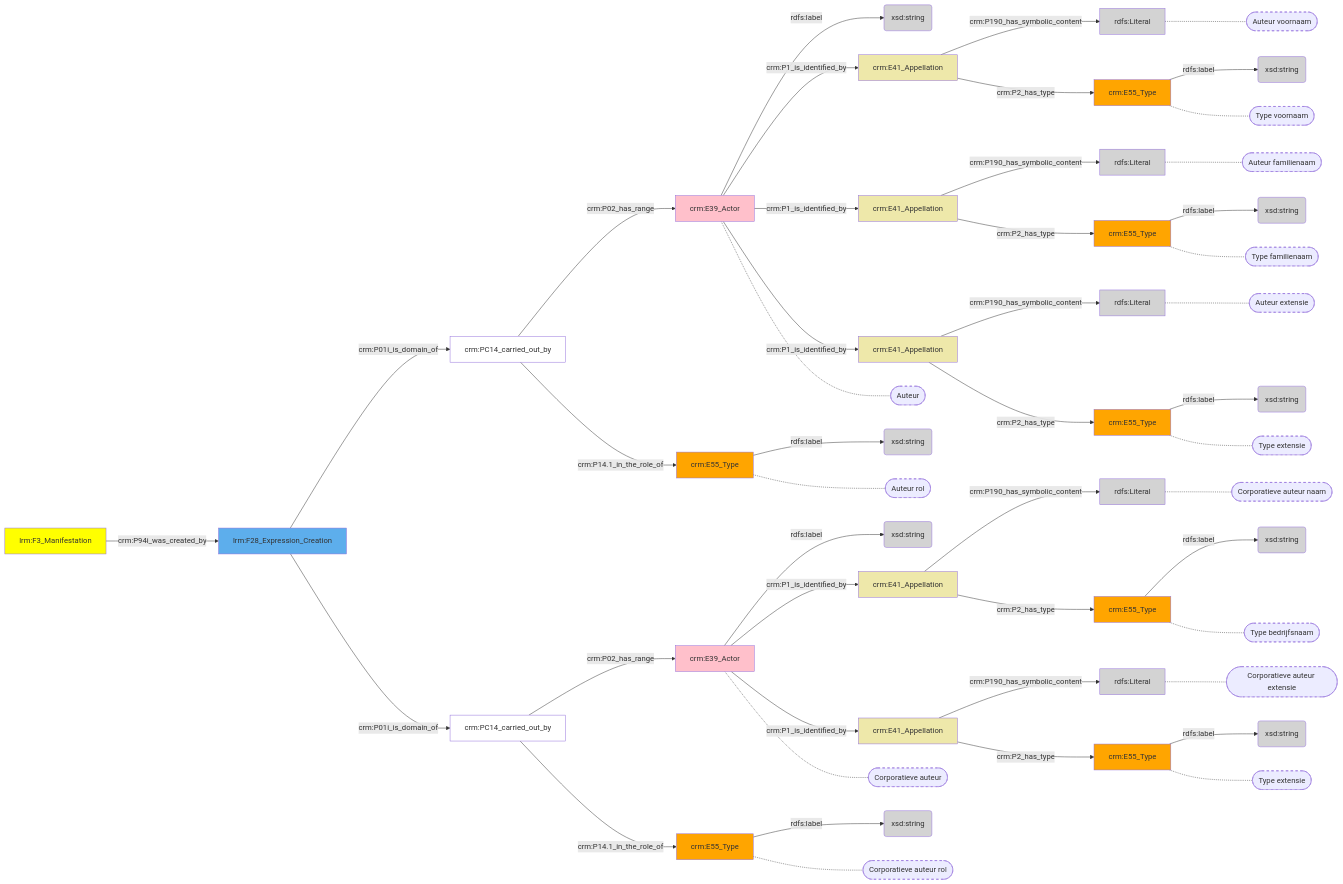
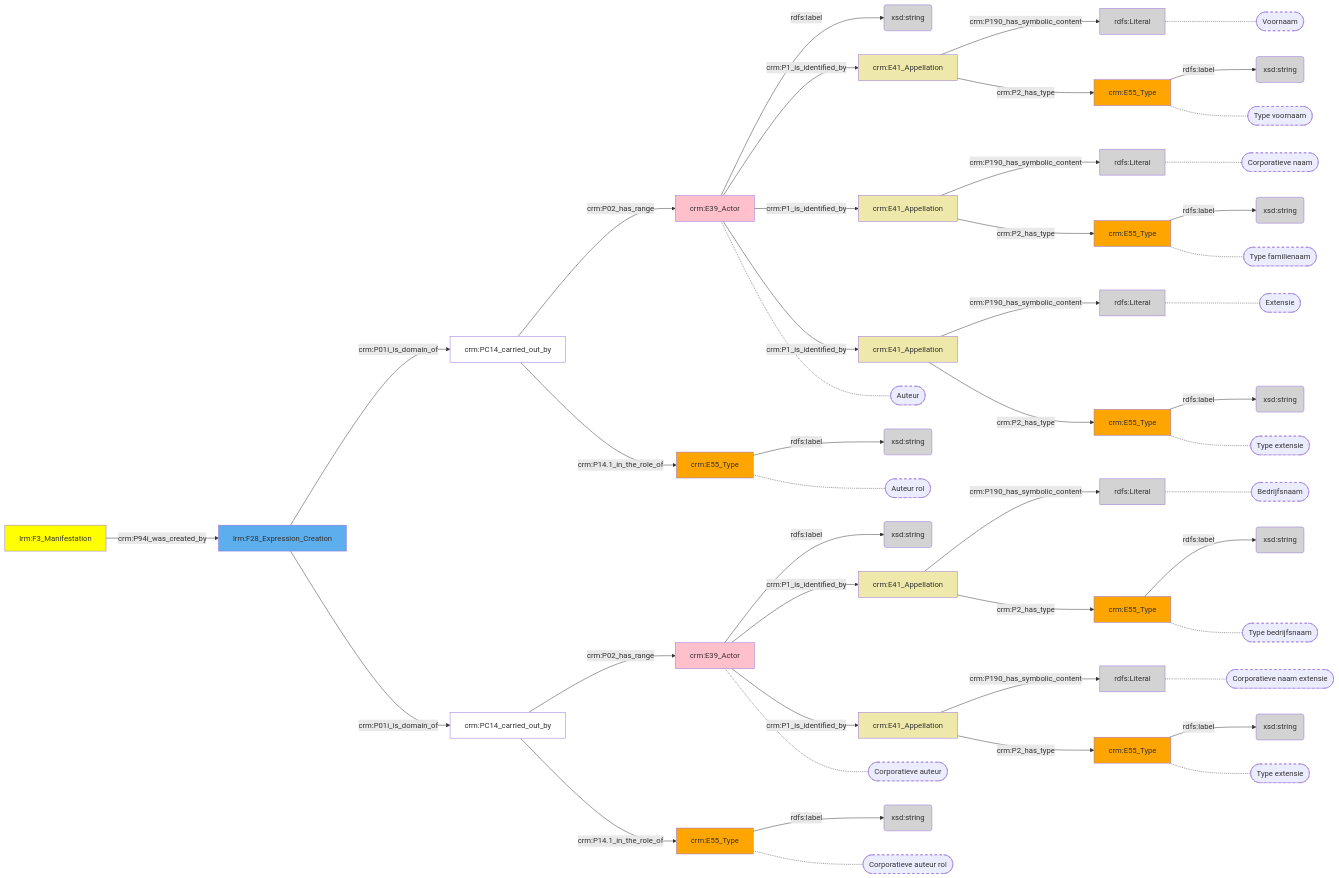
Before and after one commit to digipolisantwerpdocumentation/antwerp-cultureel-erfgoed: the diagram in docs/content/modellen/BibliographicalManifestation/ExpressieCreatie.md, drawn with Mermaid. The commit also changed 32 other files, not shown here.

````diff
--- a/docs/content/modellen/BibliographicalManifestation/ExpressieCreatie.md
+++ b/docs/content/modellen/BibliographicalManifestation/ExpressieCreatie.md
@@ -14,6 +14,37 @@
 af0a564a-8e9a-11ee-8f9d-96a6d245525a["crm:E39_Actor"]-->|"rdfs:label"|af0a56ae-8e9a-11ee-8f9d-96a6d245525a(xsd:string)
 af0a5712-8e9a-11ee-8f9d-96a6d245525a["crm:E55_Type"]-->|"rdfs:label"|af0a55dc-8e9a-11ee-8f9d-96a6d245525a(xsd:string)
 af0a5780-8e9a-11ee-8f9d-96a6d245525a["crm:E39_Actor"]-->|"rdfs:label"|af0a501e-8e9a-11ee-8f9d-96a6d245525a(xsd:string)
+17e0efec-8e93-11ee-8f9d-96a6d245525a["lrm:F3_Manifestation"]-->|"crm:P94i_was_created_by"|af0a497a-8e9a-11ee-8f9d-96a6d245525a["lrm:F28_Expression_Creation"]
+af0a497a-8e9a-11ee-8f9d-96a6d245525a["lrm:F28_Expression_Creation"]-->|"crm:P01i_is_domain_of"|af0a53c0-8e9a-11ee-8f9d-96a6d245525a["crm:PC14_carried_out_by"]
+af0a497a-8e9a-11ee-8f9d-96a6d245525a["lrm:F28_Expression_Creation"]-->|"crm:P01i_is_domain_of"|af0a57da-8e9a-11ee-8f9d-96a6d245525a["crm:PC14_carried_out_by"]
+af0a4c36-8e9a-11ee-8f9d-96a6d245525a["crm:E41_Appellation"]-->|"crm:P2_has_type"|af0a4d1c-8e9a-11ee-8f9d-96a6d245525a["crm:E55_Type"]
+af0a4e70-8e9a-11ee-8f9d-96a6d245525a["crm:E41_Appellation"]-->|"crm:P2_has_type"|af0a4f42-8e9a-11ee-8f9d-96a6d245525a["crm:E55_Type"]
+af0a508c-8e9a-11ee-8f9d-96a6d245525a["crm:E41_Appellation"]-->|"crm:P2_has_type"|af0a515e-8e9a-11ee-8f9d-96a6d245525a["crm:E55_Type"]
+af0a5226-8e9a-11ee-8f9d-96a6d245525a["crm:E41_Appellation"]-->|"crm:P2_has_type"|af0a52ee-8e9a-11ee-8f9d-96a6d245525a["crm:E55_Type"]
+af0a53c0-8e9a-11ee-8f9d-96a6d245525a["crm:PC14_carried_out_by"]-->|"crm:P02_has_range"|af0a564a-8e9a-11ee-8f9d-96a6d245525a["crm:E39_Actor"]
+af0a53c0-8e9a-11ee-8f9d-96a6d245525a["crm:PC14_carried_out_by"]-->|"crm:P14.1_in_the_role_of"|af0a4df8-8e9a-11ee-8f9d-96a6d245525a["crm:E55_Type"]
+af0a542e-8e9a-11ee-8f9d-96a6d245525a["crm:E41_Appellation"]-->|"crm:P2_has_type"|af0a550a-8e9a-11ee-8f9d-96a6d245525a["crm:E55_Type"]
+af0a564a-8e9a-11ee-8f9d-96a6d245525a["crm:E39_Actor"]-->|"crm:P1_is_identified_by"|af0a4c36-8e9a-11ee-8f9d-96a6d245525a["crm:E41_Appellation"]
+af0a564a-8e9a-11ee-8f9d-96a6d245525a["crm:E39_Actor"]-->|"crm:P1_is_identified_by"|af0a508c-8e9a-11ee-8f9d-96a6d245525a["crm:E41_Appellation"]
+af0a564a-8e9a-11ee-8f9d-96a6d245525a["crm:E39_Actor"]-->|"crm:P1_is_identified_by"|af0a5226-8e9a-11ee-8f9d-96a6d245525a["crm:E41_Appellation"]
+af0a5780-8e9a-11ee-8f9d-96a6d245525a["crm:E39_Actor"]-->|"crm:P1_is_identified_by"|af0a4e70-8e9a-11ee-8f9d-96a6d245525a["crm:E41_Appellation"]
+af0a5780-8e9a-11ee-8f9d-96a6d245525a["crm:E39_Actor"]-->|"crm:P1_is_identified_by"|af0a542e-8e9a-11ee-8f9d-96a6d245525a["crm:E41_Appellation"]
+af0a57da-8e9a-11ee-8f9d-96a6d245525a["crm:PC14_carried_out_by"]-->|"crm:P02_has_range"|af0a5780-8e9a-11ee-8f9d-96a6d245525a["crm:E39_Actor"]
+af0a57da-8e9a-11ee-8f9d-96a6d245525a["crm:PC14_carried_out_by"]-->|"crm:P14.1_in_the_role_of"|af0a5712-8e9a-11ee-8f9d-96a6d245525a["crm:E55_Type"]
+af0a4cb8-8e9a-11ee-8f9d-96a6d245525a["rdfs:Literal"]-.-af0a4cb8-8e9a-11ee-8f9d-96a6d245525a_s(["Voornaam"])
+af0a4d1c-8e9a-11ee-8f9d-96a6d245525a["crm:E55_Type"]-.-af0a4d1c-8e9a-11ee-8f9d-96a6d245525a_s(["Type "voornaam""])
+af0a4ed4-8e9a-11ee-8f9d-96a6d245525a["rdfs:Literal"]-.-af0a4ed4-8e9a-11ee-8f9d-96a6d245525a_s(["Bedrijfsnaam"])
+af0a4f42-8e9a-11ee-8f9d-96a6d245525a["crm:E55_Type"]-.-af0a4f42-8e9a-11ee-8f9d-96a6d245525a_s(["Type "bedrijfsnaam""])
+af0a50f0-8e9a-11ee-8f9d-96a6d245525a["rdfs:Literal"]-.-af0a50f0-8e9a-11ee-8f9d-96a6d245525a_s(["Corporatieve naam"])
+af0a515e-8e9a-11ee-8f9d-96a6d245525a["crm:E55_Type"]-.-af0a515e-8e9a-11ee-8f9d-96a6d245525a_s(["Type "familienaam""])
+af0a5294-8e9a-11ee-8f9d-96a6d245525a["rdfs:Literal"]-.-af0a5294-8e9a-11ee-8f9d-96a6d245525a_s(["Extensie"])
+af0a52ee-8e9a-11ee-8f9d-96a6d245525a["crm:E55_Type"]-.-af0a52ee-8e9a-11ee-8f9d-96a6d245525a_s(["Type "extensie""])
+af0a564a-8e9a-11ee-8f9d-96a6d245525a["crm:E39_Actor"]-.-af0a564a-8e9a-11ee-8f9d-96a6d245525a_s(["Auteur"])
+af0a4df8-8e9a-11ee-8f9d-96a6d245525a["crm:E55_Type"]-.-af0a4df8-8e9a-11ee-8f9d-96a6d245525a_s(["Auteur rol"])
+af0a54a6-8e9a-11ee-8f9d-96a6d245525a["rdfs:Literal"]-.-af0a54a6-8e9a-11ee-8f9d-96a6d245525a_s(["Corporatieve naam extensie"])
+af0a550a-8e9a-11ee-8f9d-96a6d245525a["crm:E55_Type"]-.-af0a550a-8e9a-11ee-8f9d-96a6d245525a_s(["Type "extensie""])
+af0a5780-8e9a-11ee-8f9d-96a6d245525a["crm:E39_Actor"]-.-af0a5780-8e9a-11ee-8f9d-96a6d245525a_s(["Corporatieve auteur"])
+af0a5712-8e9a-11ee-8f9d-96a6d245525a["crm:E55_Type"]-.-af0a5712-8e9a-11ee-8f9d-96a6d245525a_s(["Corporatieve auteur rol"])
 style af0a4cb8-8e9a-11ee-8f9d-96a6d245525a_s stroke-dasharray: 5
 style af0a4d1c-8e9a-11ee-8f9d-96a6d245525a_s stroke-dasharray: 5
 style af0a4ed4-8e9a-11ee-8f9d-96a6d245525a_s stroke-dasharray: 5
@@ -60,35 +91,4 @@
 style af0a5712-8e9a-11ee-8f9d-96a6d245525a fill:#ffa500
 style af0a5780-8e9a-11ee-8f9d-96a6d245525a fill:#ffc0cb
 style af0a57da-8e9a-11ee-8f9d-96a6d245525a fill:#ffffff
-17e0efec-8e93-11ee-8f9d-96a6d245525a["lrm:F3_Manifestation"]-->|"crm:P94i_was_created_by"|af0a497a-8e9a-11ee-8f9d-96a6d245525a["lrm:F28_Expression_Creation"]
-af0a497a-8e9a-11ee-8f9d-96a6d245525a["lrm:F28_Expression_Creation"]-->|"crm:P01i_is_domain_of"|af0a53c0-8e9a-11ee-8f9d-96a6d245525a["crm:PC14_carried_out_by"]
-af0a497a-8e9a-11ee-8f9d-96a6d245525a["lrm:F28_Expression_Creation"]-->|"crm:P01i_is_domain_of"|af0a57da-8e9a-11ee-8f9d-96a6d245525a["crm:PC14_carried_out_by"]
-af0a4c36-8e9a-11ee-8f9d-96a6d245525a["crm:E41_Appellation"]-->|"crm:P2_has_type"|af0a4d1c-8e9a-11ee-8f9d-96a6d245525a["crm:E55_Type"]
-af0a4e70-8e9a-11ee-8f9d-96a6d245525a["crm:E41_Appellation"]-->|"crm:P2_has_type"|af0a4f42-8e9a-11ee-8f9d-96a6d245525a["crm:E55_Type"]
-af0a508c-8e9a-11ee-8f9d-96a6d245525a["crm:E41_Appellation"]-->|"crm:P2_has_type"|af0a515e-8e9a-11ee-8f9d-96a6d245525a["crm:E55_Type"]
-af0a5226-8e9a-11ee-8f9d-96a6d245525a["crm:E41_Appellation"]-->|"crm:P2_has_type"|af0a52ee-8e9a-11ee-8f9d-96a6d245525a["crm:E55_Type"]
-af0a53c0-8e9a-11ee-8f9d-96a6d245525a["crm:PC14_carried_out_by"]-->|"crm:P02_has_range"|af0a564a-8e9a-11ee-8f9d-96a6d245525a["crm:E39_Actor"]
-af0a53c0-8e9a-11ee-8f9d-96a6d245525a["crm:PC14_carried_out_by"]-->|"crm:P14.1_in_the_role_of"|af0a4df8-8e9a-11ee-8f9d-96a6d245525a["crm:E55_Type"]
-af0a542e-8e9a-11ee-8f9d-96a6d245525a["crm:E41_Appellation"]-->|"crm:P2_has_type"|af0a550a-8e9a-11ee-8f9d-96a6d245525a["crm:E55_Type"]
-af0a564a-8e9a-11ee-8f9d-96a6d245525a["crm:E39_Actor"]-->|"crm:P1_is_identified_by"|af0a4c36-8e9a-11ee-8f9d-96a6d245525a["crm:E41_Appellation"]
-af0a564a-8e9a-11ee-8f9d-96a6d245525a["crm:E39_Actor"]-->|"crm:P1_is_identified_by"|af0a508c-8e9a-11ee-8f9d-96a6d245525a["crm:E41_Appellation"]
-af0a564a-8e9a-11ee-8f9d-96a6d245525a["crm:E39_Actor"]-->|"crm:P1_is_identified_by"|af0a5226-8e9a-11ee-8f9d-96a6d245525a["crm:E41_Appellation"]
-af0a5780-8e9a-11ee-8f9d-96a6d245525a["crm:E39_Actor"]-->|"crm:P1_is_identified_by"|af0a4e70-8e9a-11ee-8f9d-96a6d245525a["crm:E41_Appellation"]
-af0a5780-8e9a-11ee-8f9d-96a6d245525a["crm:E39_Actor"]-->|"crm:P1_is_identified_by"|af0a542e-8e9a-11ee-8f9d-96a6d245525a["crm:E41_Appellation"]
-af0a57da-8e9a-11ee-8f9d-96a6d245525a["crm:PC14_carried_out_by"]-->|"crm:P02_has_range"|af0a5780-8e9a-11ee-8f9d-96a6d245525a["crm:E39_Actor"]
-af0a57da-8e9a-11ee-8f9d-96a6d245525a["crm:PC14_carried_out_by"]-->|"crm:P14.1_in_the_role_of"|af0a5712-8e9a-11ee-8f9d-96a6d245525a["crm:E55_Type"]
-af0a4cb8-8e9a-11ee-8f9d-96a6d245525a["rdfs:Literal"]-.-af0a4cb8-8e9a-11ee-8f9d-96a6d245525a_s(["Auteur voornaam"])
-af0a4d1c-8e9a-11ee-8f9d-96a6d245525a["crm:E55_Type"]-.-af0a4d1c-8e9a-11ee-8f9d-96a6d245525a_s(["Type "voornaam""])
-af0a4ed4-8e9a-11ee-8f9d-96a6d245525a["rdfs:Literal"]-.-af0a4ed4-8e9a-11ee-8f9d-96a6d245525a_s(["Corporatieve auteur naam"])
-af0a4f42-8e9a-11ee-8f9d-96a6d245525a["crm:E55_Type"]-.-af0a4f42-8e9a-11ee-8f9d-96a6d245525a_s(["Type "bedrijfsnaam""])
-af0a50f0-8e9a-11ee-8f9d-96a6d245525a["rdfs:Literal"]-.-af0a50f0-8e9a-11ee-8f9d-96a6d245525a_s(["Auteur familienaam"])
-af0a515e-8e9a-11ee-8f9d-96a6d245525a["crm:E55_Type"]-.-af0a515e-8e9a-11ee-8f9d-96a6d245525a_s(["Type "familienaam""])
-af0a5294-8e9a-11ee-8f9d-96a6d245525a["rdfs:Literal"]-.-af0a5294-8e9a-11ee-8f9d-96a6d245525a_s(["Auteur extensie"])
-af0a52ee-8e9a-11ee-8f9d-96a6d245525a["crm:E55_Type"]-.-af0a52ee-8e9a-11ee-8f9d-96a6d245525a_s(["Type "extensie""])
-af0a564a-8e9a-11ee-8f9d-96a6d245525a["crm:E39_Actor"]-.-af0a564a-8e9a-11ee-8f9d-96a6d245525a_s(["Auteur"])
-af0a4df8-8e9a-11ee-8f9d-96a6d245525a["crm:E55_Type"]-.-af0a4df8-8e9a-11ee-8f9d-96a6d245525a_s(["Auteur rol"])
-af0a54a6-8e9a-11ee-8f9d-96a6d245525a["rdfs:Literal"]-.-af0a54a6-8e9a-11ee-8f9d-96a6d245525a_s(["Corporatieve auteur extensie"])
-af0a550a-8e9a-11ee-8f9d-96a6d245525a["crm:E55_Type"]-.-af0a550a-8e9a-11ee-8f9d-96a6d245525a_s(["Type "extensie""])
-af0a5780-8e9a-11ee-8f9d-96a6d245525a["crm:E39_Actor"]-.-af0a5780-8e9a-11ee-8f9d-96a6d245525a_s(["Corporatieve auteur"])
-af0a5712-8e9a-11ee-8f9d-96a6d245525a["crm:E55_Type"]-.-af0a5712-8e9a-11ee-8f9d-96a6d245525a_s(["Corporatieve auteur rol"])
 ```
````
